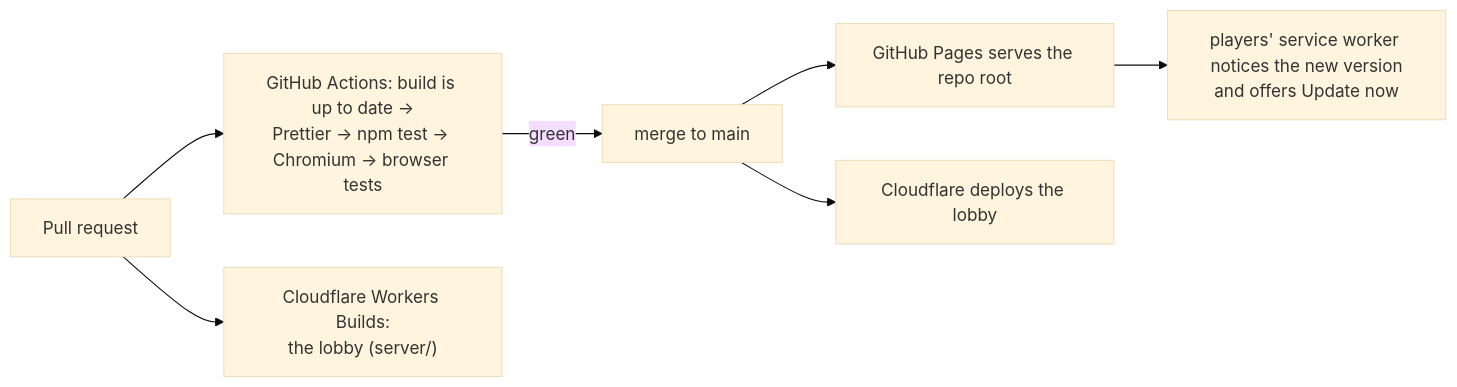
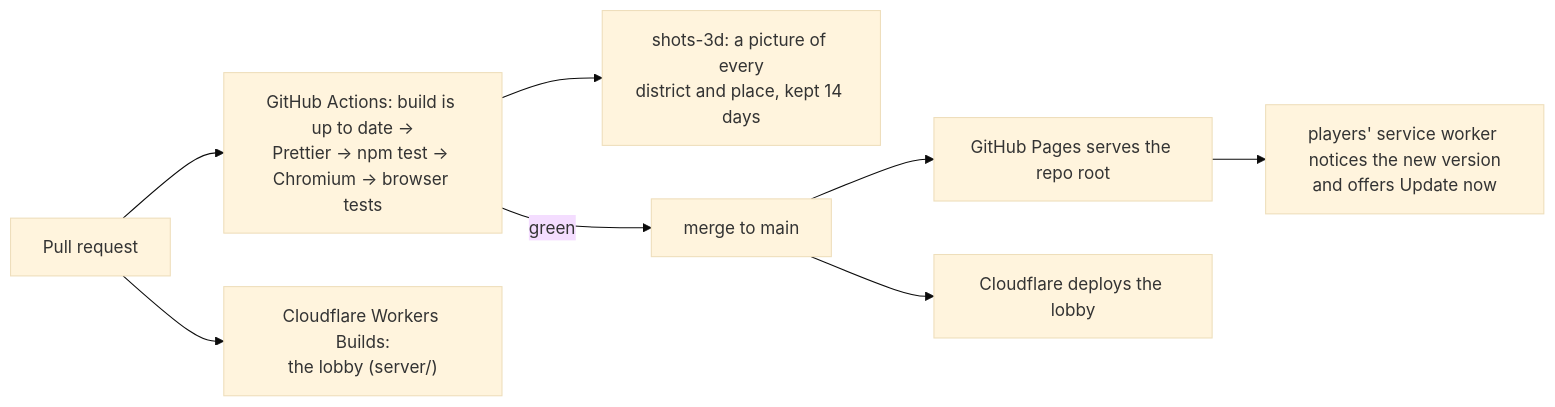
One commit to CptNope/Cyber-City-Tactics changed the diagram in docs/wiki/Testing-and-CI.md. Above: the diagram before and after it, drawn with Mermaid (base theme). The commit also changed other lines of this file and 9 other files, not shown here.

````diff
--- a/docs/wiki/Testing-and-CI.md
+++ b/docs/wiki/Testing-and-CI.md
@@ -73,9 +73,10 @@
 ```mermaid
 flowchart LR
   PR[Pull request] --> CI["GitHub Actions: build is up to date →<br/>Prettier → npm test → Chromium → browser tests"]
+  CI --> SHOTS["shots-3d: a picture of every<br/>district and place, kept 14 days"]
   PR --> CF["Cloudflare Workers Builds:<br/>the lobby (server/)"]
   CI -->|green| MERGE[merge to main]
   MERGE --> PAGES[GitHub Pages serves the repo root]
   MERGE --> CFD[Cloudflare deploys the lobby]
   PAGES --> SW["players' service worker notices the new version<br/>and offers Update now"]
 ```
````
